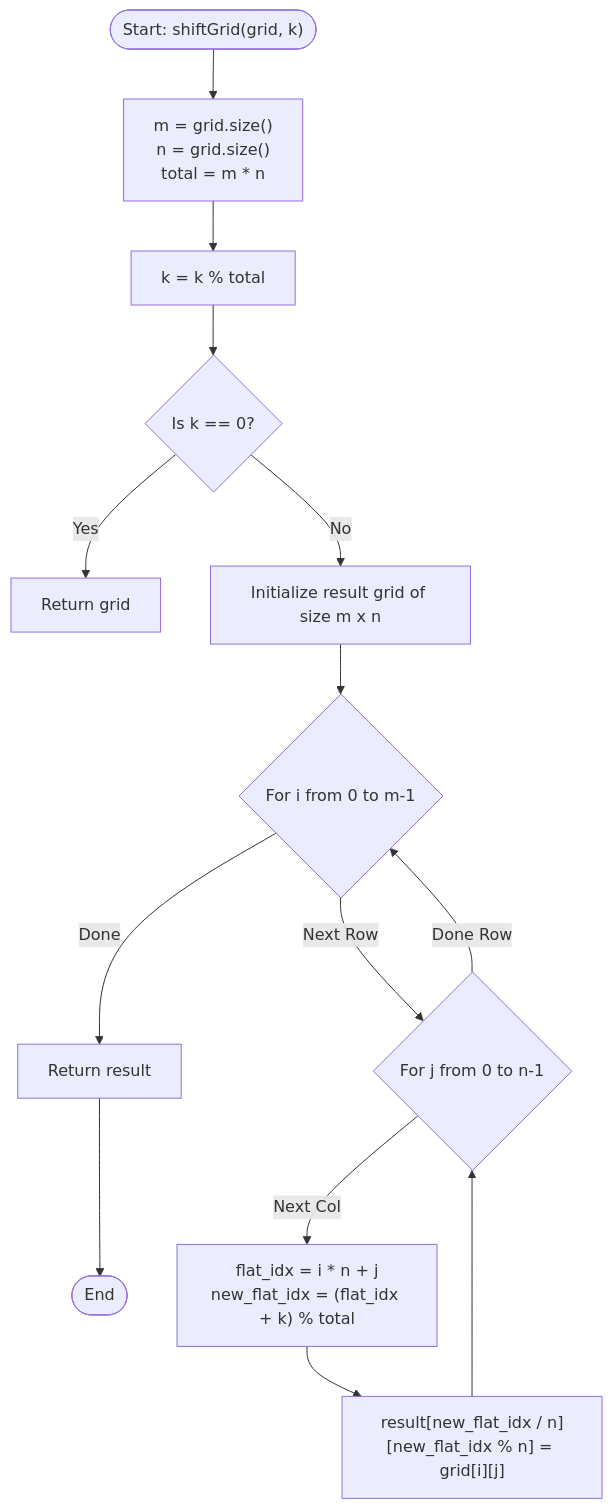
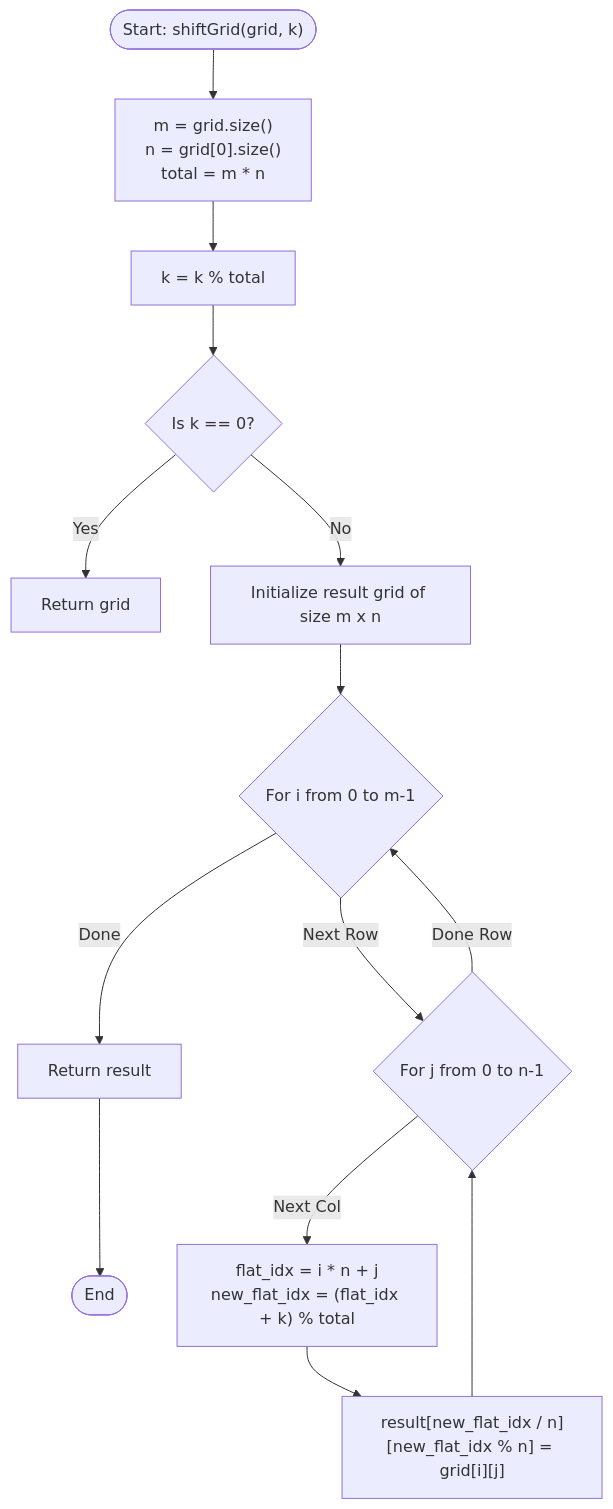
One commit to Learnbits477/Data-Structure-Algorithms changed the diagram in LeetCode/174_Day/Approach.md. Above: the diagram before and after it, drawn with Mermaid. The commit also changed other lines of this file, not shown here.

````diff
--- a/LeetCode/174_Day/Approach.md
+++ b/LeetCode/174_Day/Approach.md
@@ -81,19 +71,19 @@
 ```mermaid
 flowchart TD
-    Start(["Start: shiftGrid(grid, k)"]) --> GetDims["m = grid.size()\nn = grid.size()\ntotal = m * n"]
+    Start(["Start: shiftGrid(grid, k)"]) --> GetDims["m = grid.size()\nn = grid[0].size()\ntotal = m * n"]
     GetDims --> ModK["k = k % total"]
     ModK --> CheckZero{"Is k == 0?"}
     CheckZero -- "Yes" --> RetGrid["Return grid"]
     CheckZero -- "No" --> InitRes["Initialize result grid of size m x n"]
-
+    
     InitRes --> LoopRow{"For i from 0 to m-1"}
     LoopRow -- "Done" --> Return["Return result"]
     LoopRow -- "Next Row" --> LoopCol{"For j from 0 to n-1"}
-
+    
     LoopCol -- "Next Col" --> Calculate["flat_idx = i * n + j\nnew_flat_idx = (flat_idx + k) % total"]
     Calculate --> Place["result[new_flat_idx / n][new_flat_idx % n] = grid[i][j]"]
     Place --> LoopCol
     LoopCol -- "Done Row" --> LoopRow
-
+    
     Return --> End(["End"])
 ```
````
